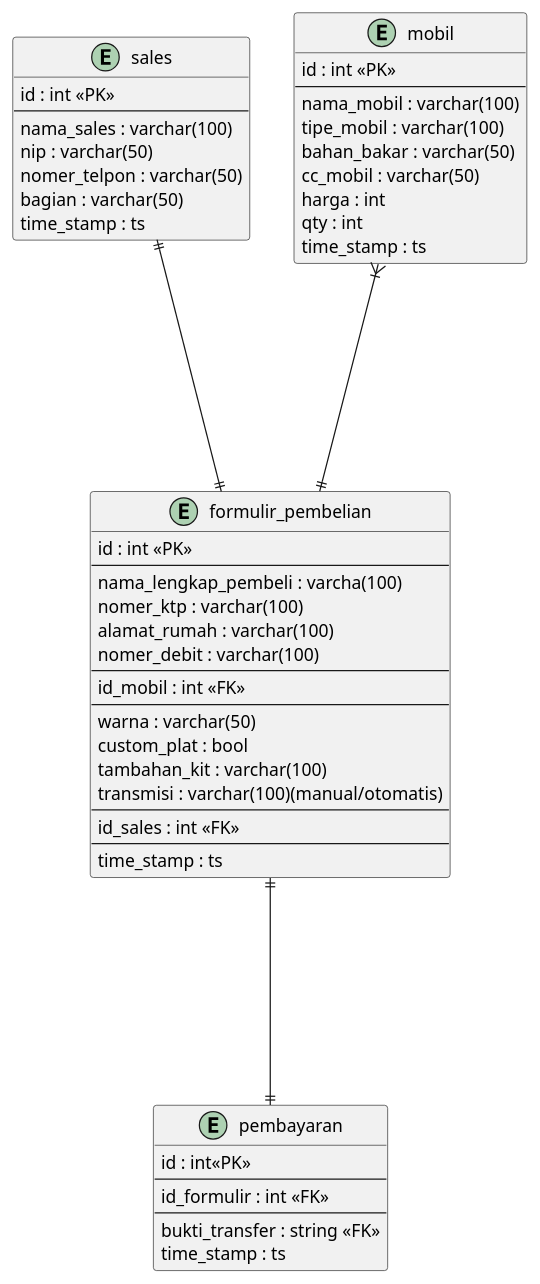
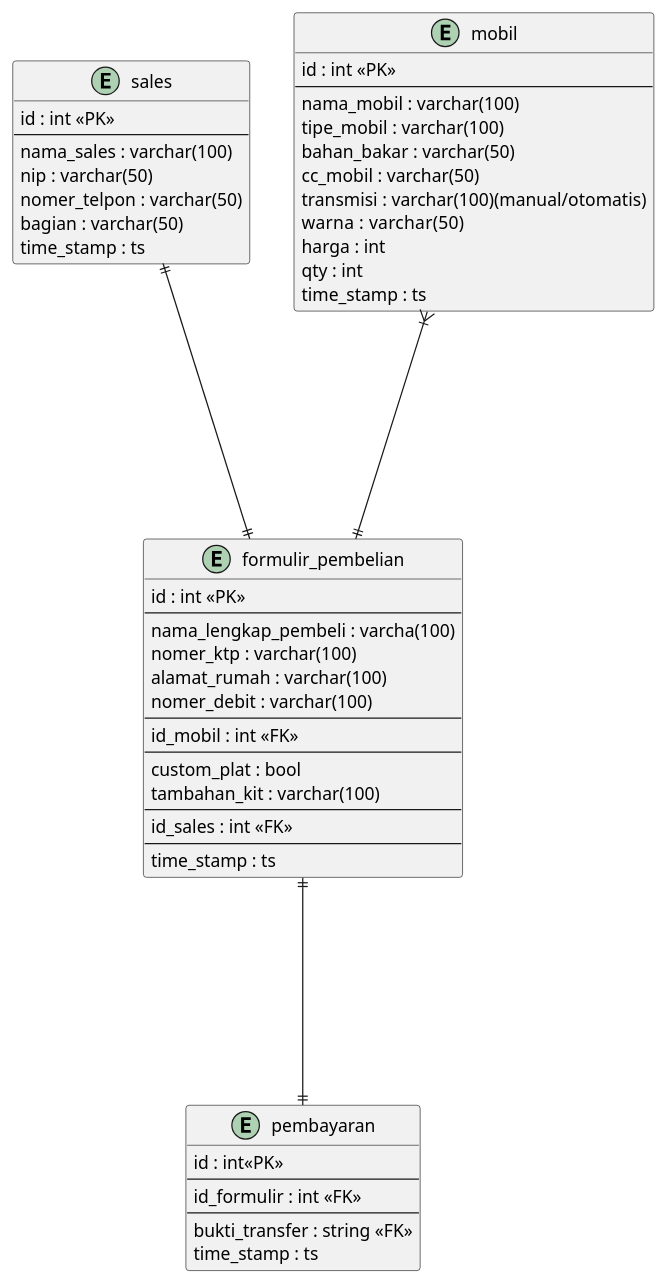
The diagram in tugas akhir course net/UML/my_usecase.plantuml (loethfii/courseNet), drawn with PlantUML before and after one commit. The commit also changed 20 other files, not shown here.

```diff
--- a/tugas akhir course net/UML/my_usecase.plantuml
+++ b/tugas akhir course net/UML/my_usecase.plantuml
@@ -1,60 +1,60 @@
 @startuml
 
 entity sales{
     id : int <<PK>>
     --
     nama_sales : varchar(100)
     nip : varchar(50)
     nomer_telpon : varchar(50)
     bagian : varchar(50)
     time_stamp : ts
 }
 
 entity mobil{
     id : int <<PK>>
     --
     nama_mobil : varchar(100)
     tipe_mobil : varchar(100)
     bahan_bakar : varchar(50)
     cc_mobil : varchar(50)
+    transmisi : varchar(100)(manual/otomatis)
+    warna  : varchar(50)
     harga : int
     qty : int
     time_stamp : ts
 }
 
 entity formulir_pembelian{
     id : int <<PK>>
     --
     nama_lengkap_pembeli : varcha(100)
     nomer_ktp : varchar(100)
     alamat_rumah : varchar(100)
     nomer_debit : varchar(100)
     --
     id_mobil : int <<FK>>
     --
-    warna : varchar(50)
     custom_plat : bool
     tambahan_kit : varchar(100)
-    transmisi : varchar(100)(manual/otomatis)
     --
     id_sales : int <<FK>>
     --
     time_stamp : ts
 }
 
 entity pembayaran{
     id : int<<PK>>
     --
     id_formulir : int <<FK>>
     --
     bukti_transfer : string <<FK>>
     time_stamp : ts
 }
 
 
 sales ||----||formulir_pembelian
 mobil }|----||formulir_pembelian
 formulir_pembelian ||----||pembayaran
 
 
 @enduml
```
